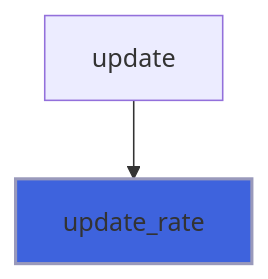
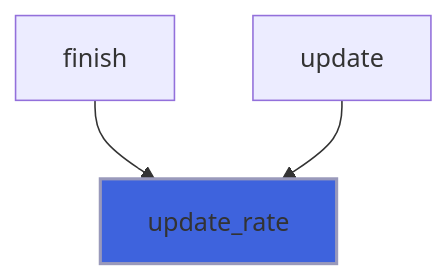
Diagram 17 of 33 in docs/api/src/lib/forbear_bar_object.md (szaghi/forbear), drawn with Mermaid before and after one commit. The commit also changed other lines of this file and 28 other files, not shown here.

````diff
--- a/docs/api/src/lib/forbear_bar_object.md
+++ b/docs/api/src/lib/forbear_bar_object.md
@@ -598,5 +664,6 @@
 ```mermaid
 flowchart TD
+  finish["finish"] --> update_rate["update_rate"]
   update["update"] --> update_rate["update_rate"]
   style update_rate fill:#3e63dd,stroke:#99b,stroke-width:2px
 ```
````
